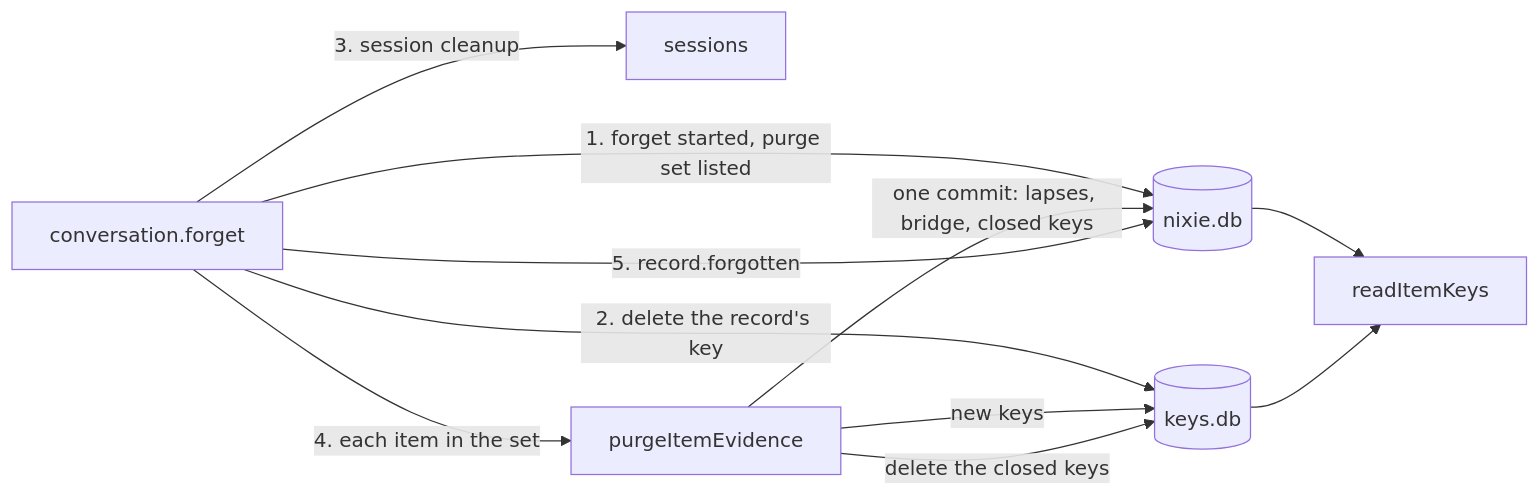
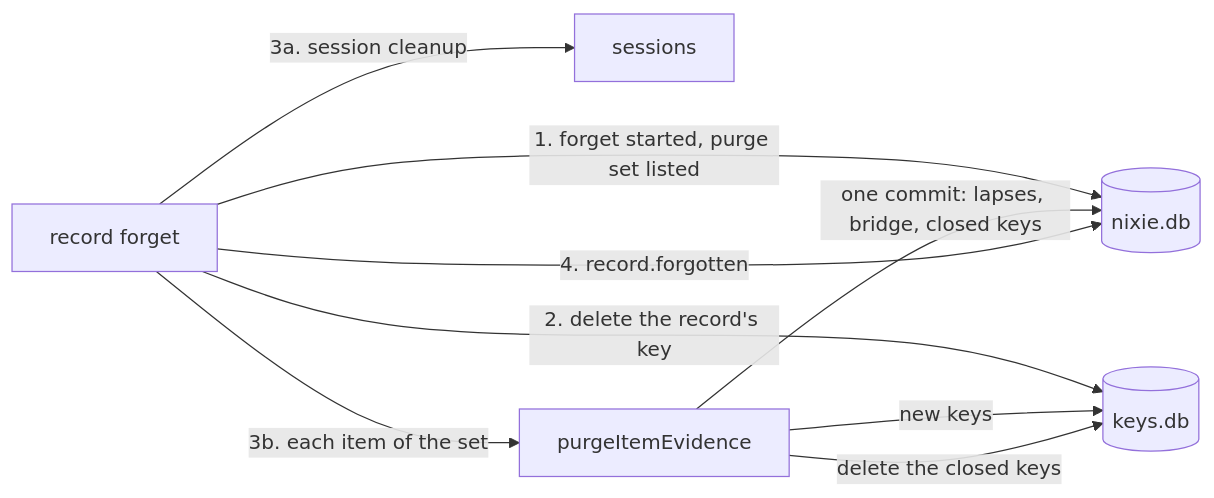
One commit to zgeoff/nixie changed the diagram in docs/design/queue/evidence-purge.md. Above: the diagram before and after it, drawn with Mermaid. The commit also changed other lines of this file, not shown here.

Commit message:
docs: redraft the evidence purge after a cold read

````diff
--- a/docs/design/queue/evidence-purge.md
+++ b/docs/design/queue/evidence-purge.md
@@ -31,13 +35,11 @@
 ```mermaid
 flowchart LR
-  forget[conversation.forget] -->|"1. forget started, purge set listed"| log[(nixie.db)]
+  forget[record forget] -->|"1. forget started, purge set listed"| log[(nixie.db)]
   forget -->|"2. delete the record's key"| keys[(keys.db)]
-  forget -->|"3. session cleanup"| sessions[sessions]
-  forget -->|"4. each item in the set"| purge[purgeItemEvidence]
+  forget -->|"3a. session cleanup"| sessions[sessions]
+  forget -->|"3b. each item of the set"| purge[purgeItemEvidence]
   purge -->|"new keys"| keys
   purge -->|"one commit: lapses, bridge, closed keys"| log
   purge -->|"delete the closed keys"| keys
-  forget -->|"5. record.forgotten"| log
-  log --> lookup[readItemKeys]
-  keys --> lookup
+  forget -->|"4. record.forgotten"| log
 ```
````
